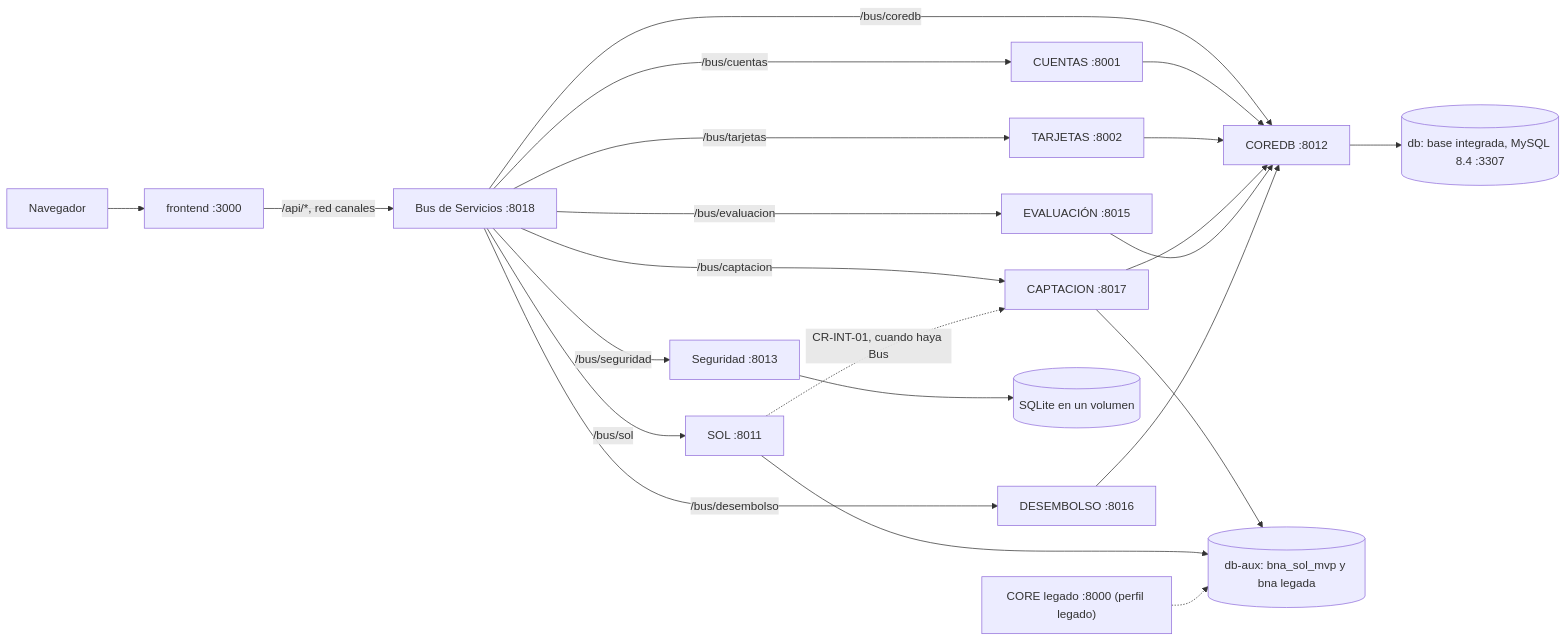
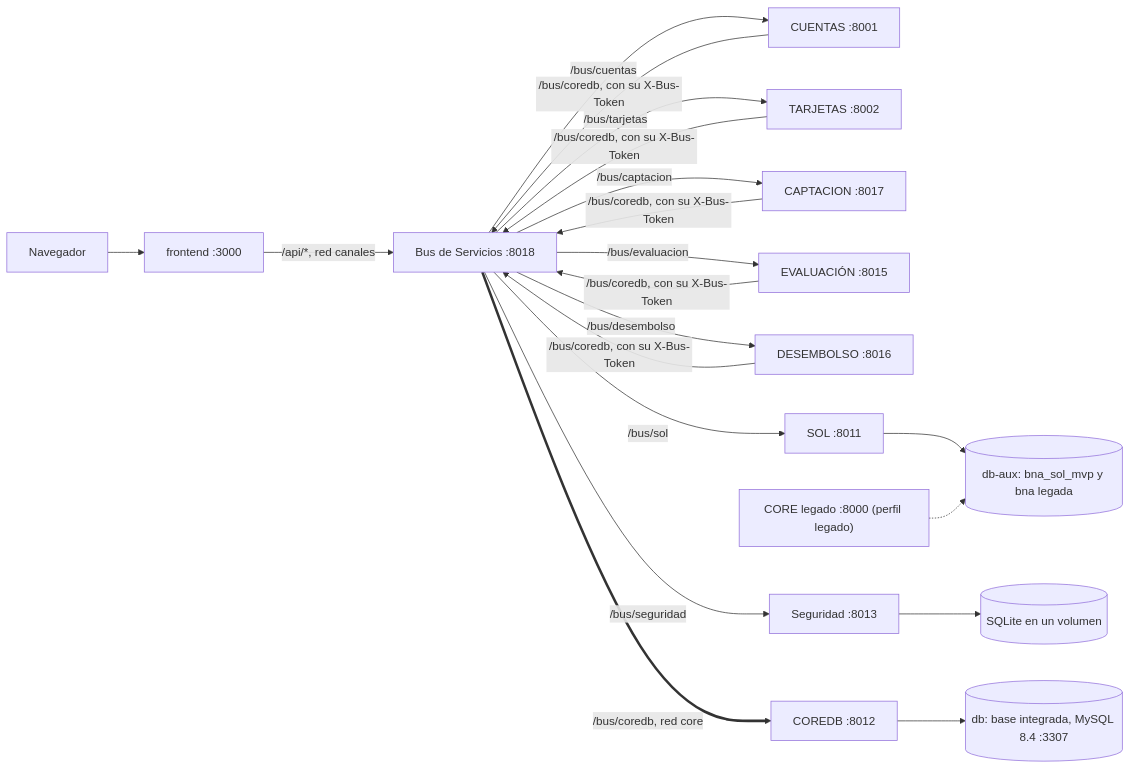
The first of 2 diagrams in README.md (SantiagoCusirramos/Banco_Nacional_Arequipa), drawn with Mermaid before and after one commit. The commit also changed other lines of this file and 27 other files, not shown here.

First line of the commit message:
Route the modules to COREDB through the Bus

````diff
--- a/README.md
+++ b/README.md
@@ -48,24 +48,18 @@
 ```mermaid
 flowchart LR
   nav["Navegador"] --> fe["frontend :3000"]
   fe -->|"/api/*, red canales"| bus["Bus de Servicios :8018"]
-  bus -->|"/bus/coredb"| coredb["COREDB :8012"]
   bus -->|"/bus/cuentas"| cta["CUENTAS :8001"]
   bus -->|"/bus/tarjetas"| tar["TARJETAS :8002"]
-  bus -->|"/bus/sol"| sol["SOL :8011"]
+  bus -->|"/bus/captacion"| cap["CAPTACION :8017"]
   bus -->|"/bus/evaluacion"| eva["EVALUACIÓN :8015"]
   bus -->|"/bus/desembolso"| des["DESEMBOLSO :8016"]
-  bus -->|"/bus/captacion"| cap["CAPTACION :8017"]
-  bus -->|"/bus/seguridad"| seg
-  cta --> coredb
-  tar --> coredb
-  cap --> coredb
-  cap --> aux
-  sol -.->|"CR-INT-01, cuando haya Bus"| cap
+  bus -->|"/bus/sol"| sol["SOL :8011"]
+  bus -->|"/bus/seguridad"| seg["Seguridad :8013"]
+  cta & tar & cap & eva & des -->|"/bus/coredb, con su X-Bus-Token"| bus
+  bus ==>|"/bus/coredb, red core"| coredb["COREDB :8012"]
   coredb --> db[("db: base integrada, MySQL 8.4 :3307")]
   sol --> aux[("db-aux: bna_sol_mvp y bna legada")]
-  eva --> coredb
-  des --> coredb
-  seg["Seguridad :8013"] --> sq[("SQLite en un volumen")]
+  seg --> sq[("SQLite en un volumen")]
   leg["CORE legado :8000 (perfil legado)"] -.-> aux
 ```
````
